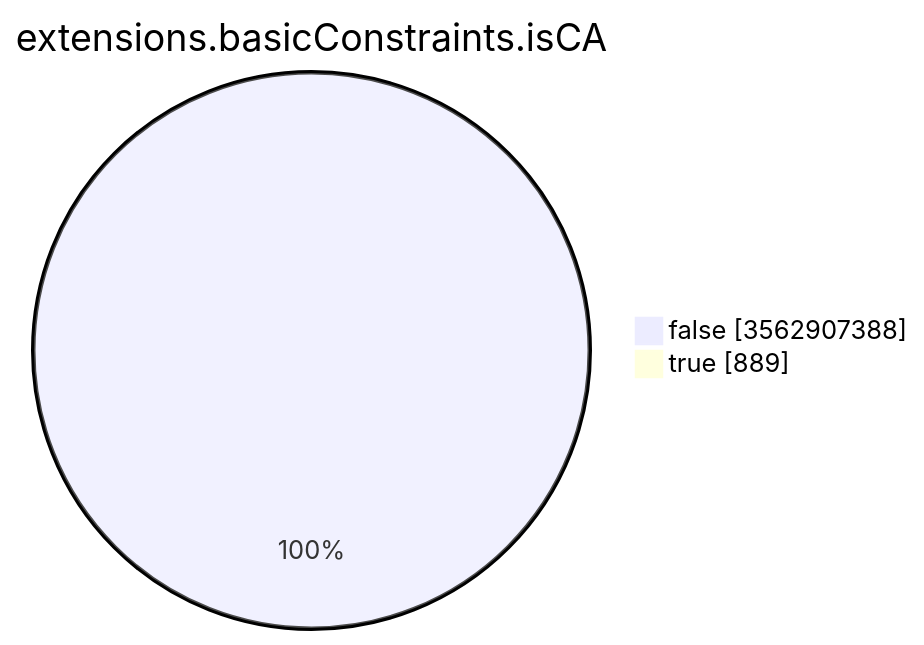
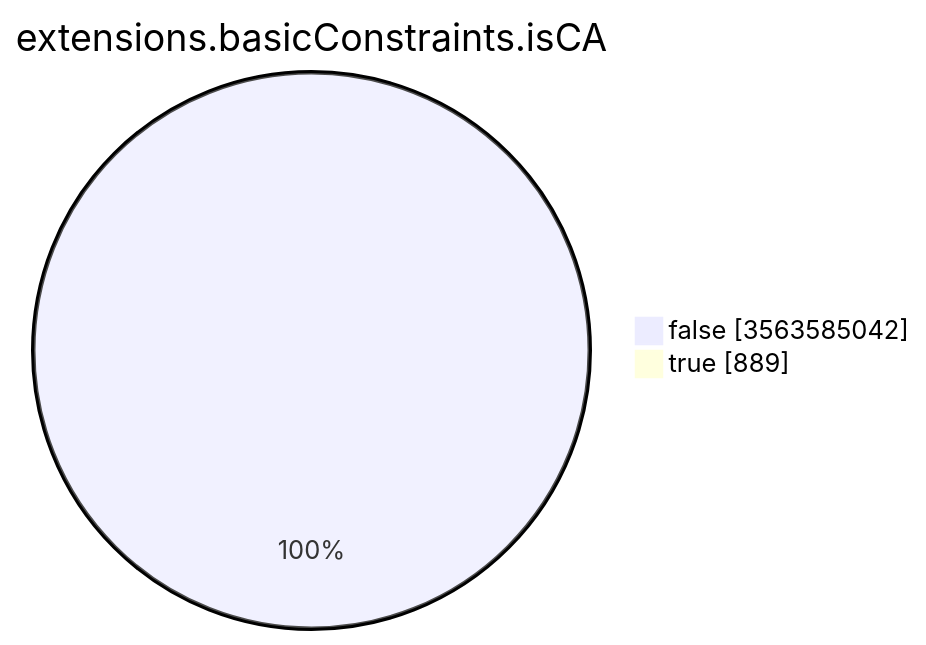
One commit to christiankrug/ctmonitor_visualization changed the seventh of 15 diagrams in TOTAL/README.md. Above: the diagram before and after it, drawn with Mermaid. The commit also changed other lines of this file, not shown here.

````diff
--- a/TOTAL/README.md
+++ b/TOTAL/README.md
@@ -3094,6 +3094,6 @@
 ```mermaid
 pie showData
 title extensions.basicConstraints.isCA
-"false" :3562907388
+"false" :3563585042
 "true" :889
 ```
````
